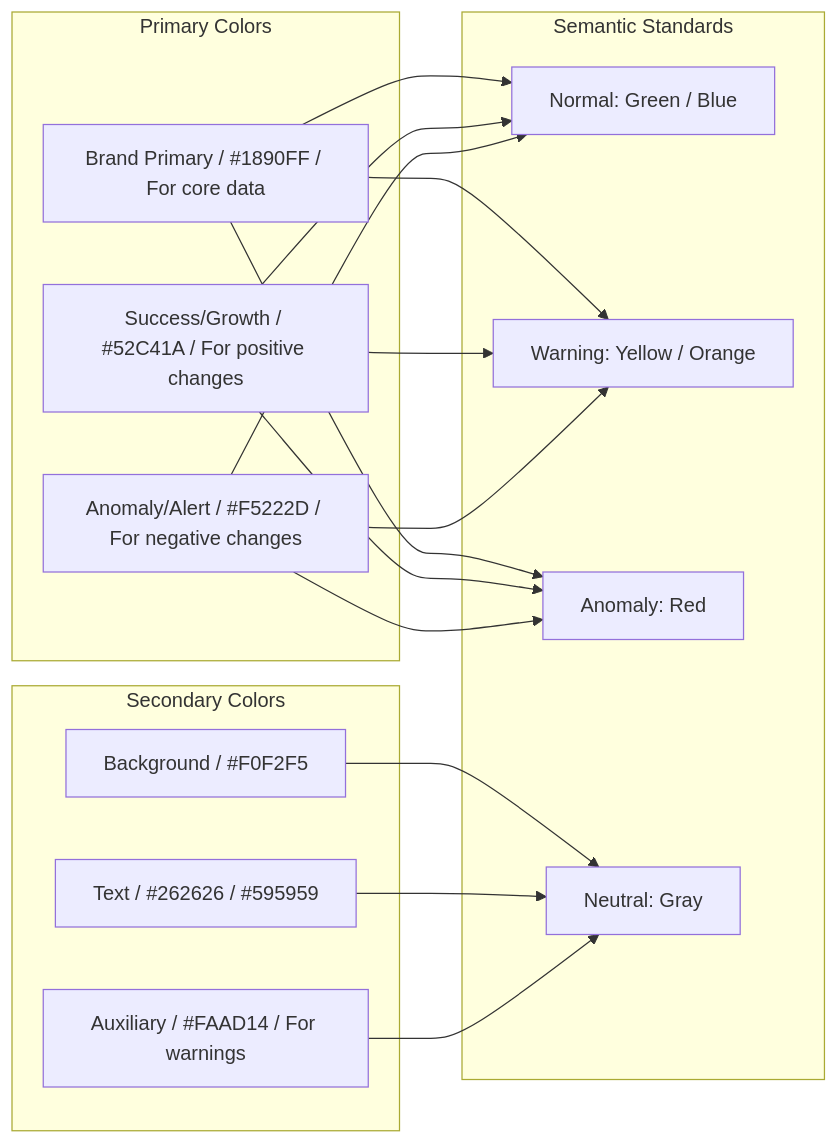
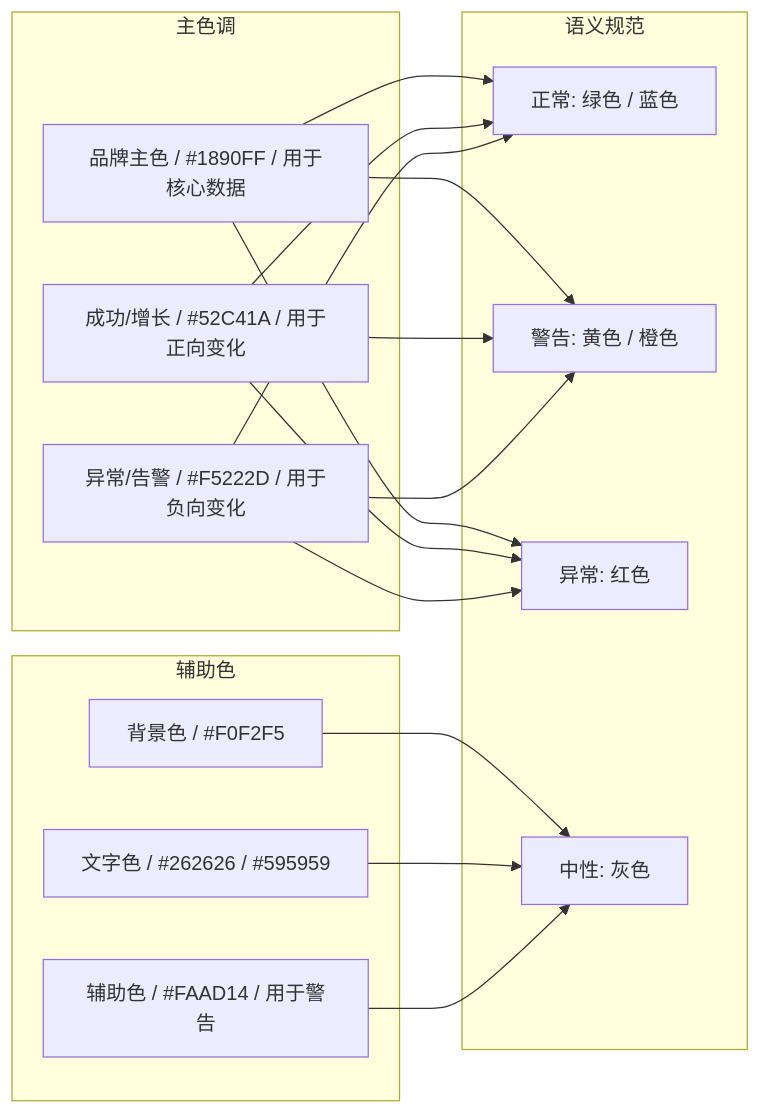
Before and after one commit to Kirky-X/cangjie: the sixth of 9 diagrams in templates/Product/Operations/Template-Dashboard.md, drawn with Mermaid. The commit also changed other lines of this file and 33 other files, not shown here.

````diff
--- a/templates/Product/Operations/Template-Dashboard.md
+++ b/templates/Product/Operations/Template-Dashboard.md
@@ -264,36 +264,36 @@
 ```mermaid
 
 
 flowchart LR
-    subgraph "Primary Colors"
-        C1["Brand Primary / #1890FF / For core data"]
-        C2["Success/Growth / #52C41A / For positive changes"]
-        C3["Anomaly/Alert / #F5222D / For negative changes"]
+    subgraph "主色调"
+        C1["品牌主色 / #1890FF / 用于核心数据"]
+        C2["成功/增长 / #52C41A / 用于正向变化"]
+        C3["异常/告警 / #F5222D / 用于负向变化"]
     end
 
-    subgraph "Secondary Colors"
-        A1["Background / #F0F2F5"]
-        A2["Text / #262626 / #595959"]
-        A3["Auxiliary / #FAAD14 / For warnings"]
+    subgraph "辅助色"
+        A1["背景色 / #F0F2F5"]
+        A2["文字色 / #262626 / #595959"]
+        A3["辅助色 / #FAAD14 / 用于警告"]
     end
 
-    subgraph "Semantic Standards"
-        S1["Normal: Green / Blue"]
-        S2["Warning: Yellow / Orange"]
-        S3["Anomaly: Red"]
-        S4["Neutral: Gray"]
+    subgraph "语义规范"
+        S1["正常: 绿色 / 蓝色"]
+        S2["警告: 黄色 / 橙色"]
+        S3["异常: 红色"]
+        S4["中性: 灰色"]
     end
 
     C1 --> S1
     C1 --> S2
     C1 --> S3
     C2 --> S1
     C2 --> S2
     C2 --> S3
     C3 --> S1
     C3 --> S2
     C3 --> S3
     A1 --> S4
     A2 --> S4
     A3 --> S4
 ```
````
